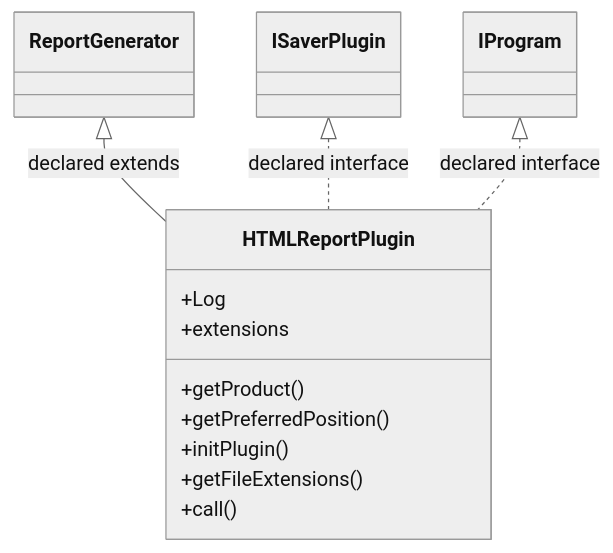
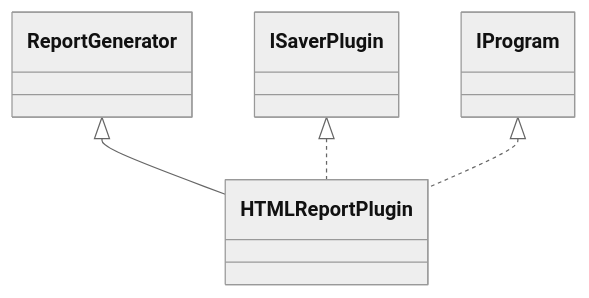
Before and after one commit to haruperi/HaruQuantAI: the diagram in docs/sqx/Shared/SaverHTML.md, drawn with Mermaid (neutral theme). The commit also changed other lines of this file and 1688 other files, not shown here.

````diff
--- a/docs/sqx/Shared/SaverHTML.md
+++ b/docs/sqx/Shared/SaverHTML.md
@@ -30,18 +26,10 @@
 ```mermaid
 classDiagram
-    class C4e232d16a064["HTMLReportPlugin"] {
-        +Log
-        +extensions
-        +getProduct()
-        +getPreferredPosition()
-        +initPlugin()
-        +getFileExtensions()
-        +call()
-    }
-    class C1b6b4448b67b["IProgram"]
-    class Cf92bd2a6fb2a["ReportGenerator"]
-    class C28a2142c6554["ISaverPlugin"]
-    Cf92bd2a6fb2a <|-- C4e232d16a064 : declared extends
-    C28a2142c6554 <|.. C4e232d16a064 : declared interface
-    C1b6b4448b67b <|.. C4e232d16a064 : declared interface
+    class C0["HTMLReportPlugin"]
+    class E0["ReportGenerator"]
+    E0 <|-- C0
+    class E1["ISaverPlugin"]
+    E1 <|.. C0
+    class E2["IProgram"]
+    E2 <|.. C0
 ```
````
